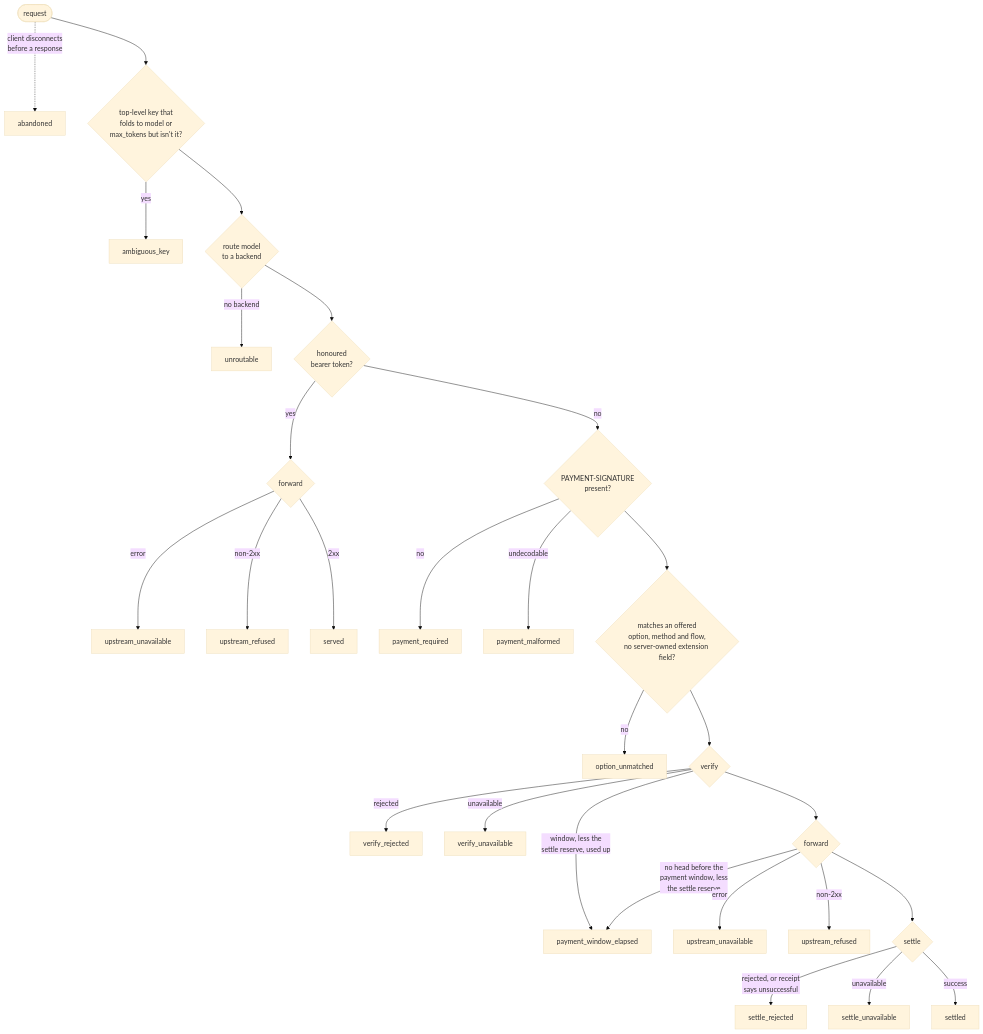
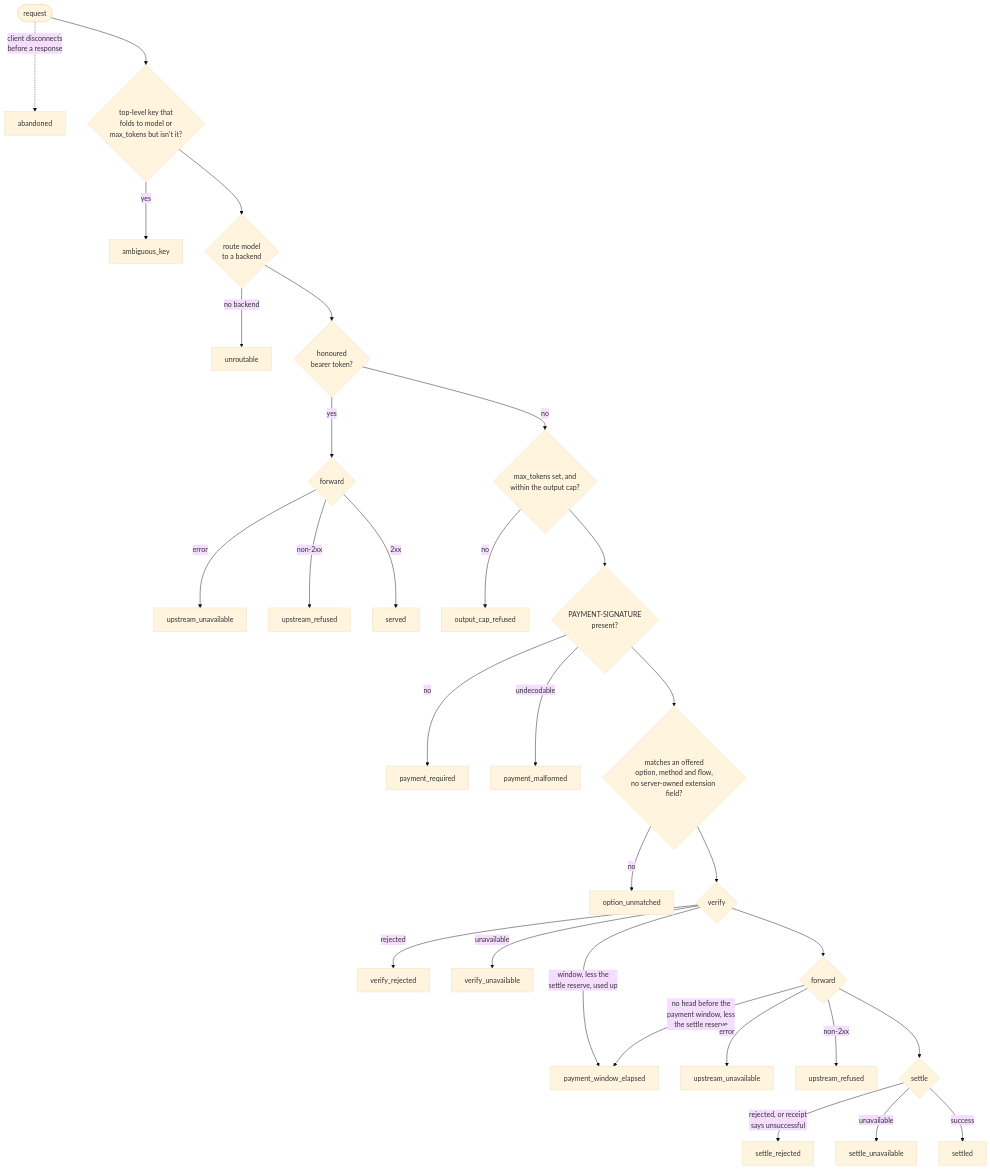
The diagram in docs/telemetry.md (geekinasuit/obolus), drawn with Mermaid (base theme) before and after one commit. The commit also changed other lines of this file and 11 other files, not shown here.

First line of the commit message:
Refuse paid requests without a bounded max_tokens (#31 item 2, slice 2)

````diff
--- a/docs/telemetry.md
+++ b/docs/telemetry.md
@@ -75,30 +75,32 @@
 ```mermaid
 flowchart TB
   req(["request"]) -.->|"client disconnects<br/>before a response"| abandoned["abandoned"]
   req --> keys{"top-level key that<br/>folds to model or<br/>max_tokens but isn't it?"}
   keys -->|"yes"| ambiguous["ambiguous_key"]
   keys --> route{"route model<br/>to a backend"}
   route -->|"no backend"| unroutable["unroutable"]
   route --> token{"honoured<br/>bearer token?"}
   token -->|"yes"| tfwd{"forward"}
   tfwd -->|"error"| t_unavail["upstream_unavailable"]
   tfwd -->|"non-2xx"| t_refused["upstream_refused"]
   tfwd -->|"2xx"| served["served"]
-  token -->|"no"| hdr{"PAYMENT-SIGNATURE<br/>present?"}
+  token -->|"no"| cap{"max_tokens set, and<br/>within the output cap?"}
+  cap -->|"no"| capped["output_cap_refused"]
+  cap --> hdr{"PAYMENT-SIGNATURE<br/>present?"}
   hdr -->|"no"| required["payment_required"]
   hdr -->|"undecodable"| malformed["payment_malformed"]
   hdr --> match{"matches an offered<br/>option, method and flow,<br/>no server-owned extension field?"}
   match -->|"no"| unmatched["option_unmatched"]
   match --> verify{"verify"}
   verify -->|"rejected"| v_rej["verify_rejected"]
   verify -->|"unavailable"| v_unavail["verify_unavailable"]
   verify -->|"window, less the<br/>settle reserve, used up"| w_elapsed["payment_window_elapsed"]
   verify --> fwd{"forward"}
   fwd -->|"no head before the<br/>payment window, less<br/>the settle reserve"| w_elapsed
   fwd -->|"error"| u_unavail["upstream_unavailable"]
   fwd -->|"non-2xx"| u_refused["upstream_refused"]
   fwd --> settle{"settle"}
   settle -->|"rejected, or receipt<br/>says unsuccessful"| s_rej["settle_rejected"]
   settle -->|"unavailable"| s_unavail["settle_unavailable"]
   settle -->|"success"| settled["settled"]
 ```
````
